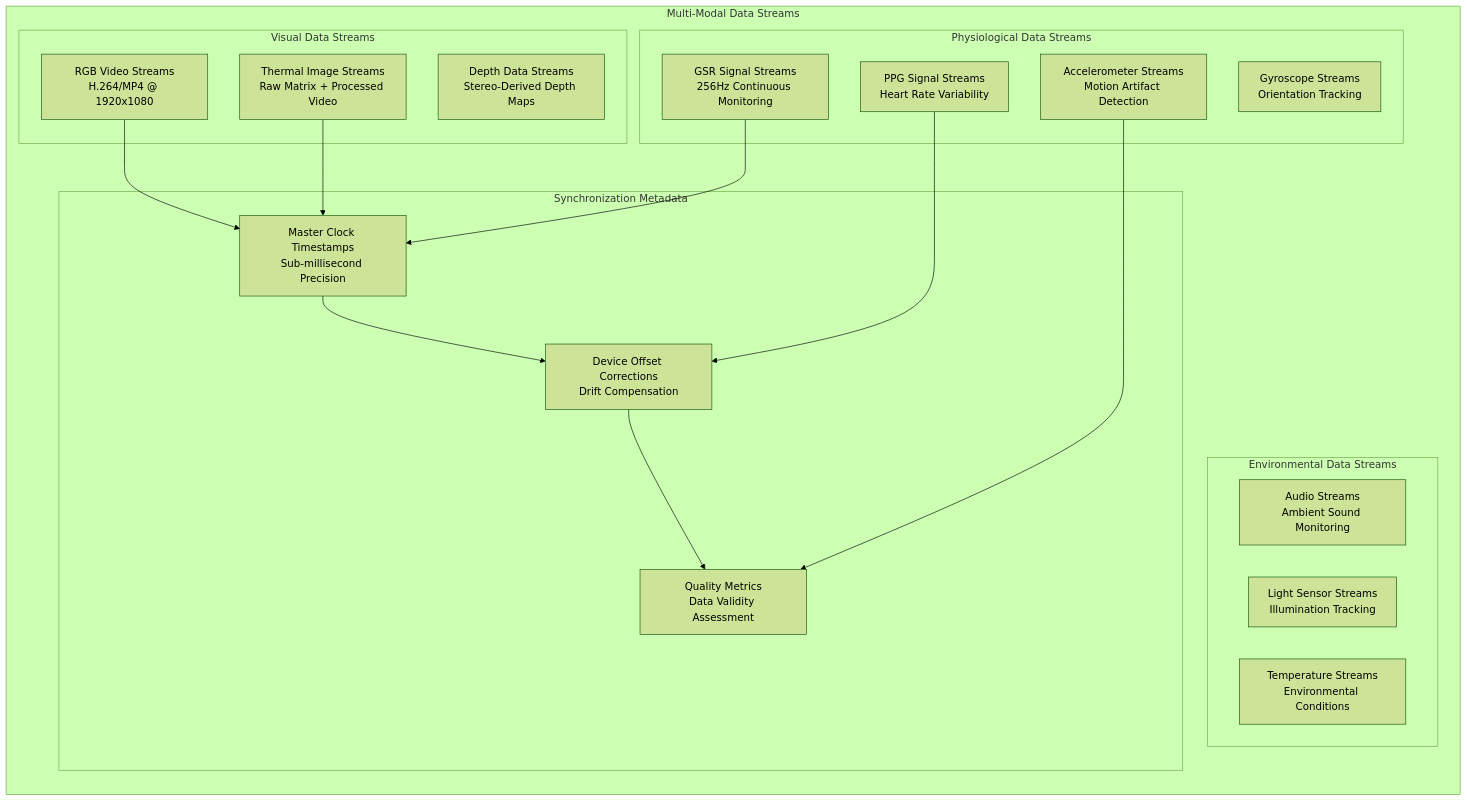
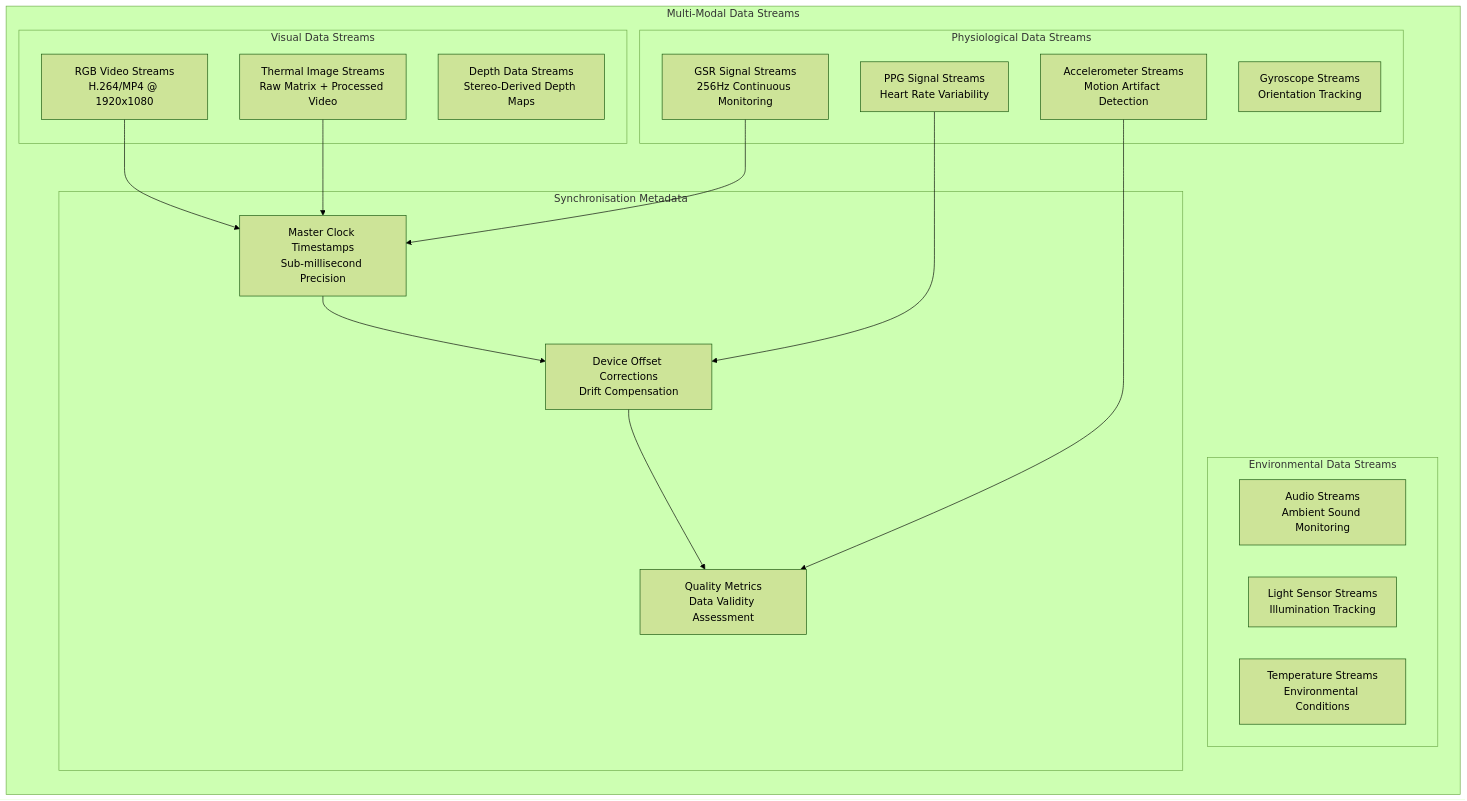
Before and after one commit to buccancs/fyp-multi-sensor-recording-system: the third of 8 diagrams in architecture.md, drawn with Mermaid (forest theme). The commit also changed other lines of this file and 56 other files, not shown here.

````diff
--- a/architecture.md
+++ b/architecture.md
@@ -328,38 +328,38 @@
 ```mermaid
 graph LR
     subgraph "Multi-Modal Data Streams"
         subgraph "Visual Data Streams"
             RGB[RGB Video Streams<br/>H.264/MP4 @ 1920x1080]
             THERMAL[Thermal Image Streams<br/>Raw Matrix + Processed Video]
             DEPTH[Depth Data Streams<br/>Stereo-Derived Depth Maps]
         end
         
         subgraph "Physiological Data Streams"
             GSR[GSR Signal Streams<br/>256Hz Continuous Monitoring]
             PPG[PPG Signal Streams<br/>Heart Rate Variability]
             ACCEL[Accelerometer Streams<br/>Motion Artifact Detection]
             GYRO[Gyroscope Streams<br/>Orientation Tracking]
         end
         
         subgraph "Environmental Data Streams"
             AUDIO[Audio Streams<br/>Ambient Sound Monitoring]
             LIGHT[Light Sensor Streams<br/>Illumination Tracking]
             TEMP[Temperature Streams<br/>Environmental Conditions]
         end
         
-        subgraph "Synchronization Metadata"
+        subgraph "Synchronisation Metadata"
             MASTER[Master Clock Timestamps<br/>Sub-millisecond Precision]
             OFFSET[Device Offset Corrections<br/>Drift Compensation]
             QUALITY[Quality Metrics<br/>Data Validity Assessment]
         end
     end
     
     RGB --> MASTER
     THERMAL --> MASTER
     GSR --> MASTER
     PPG --> OFFSET
     ACCEL --> QUALITY
     
     MASTER --> OFFSET
     OFFSET --> QUALITY
 ```
````
